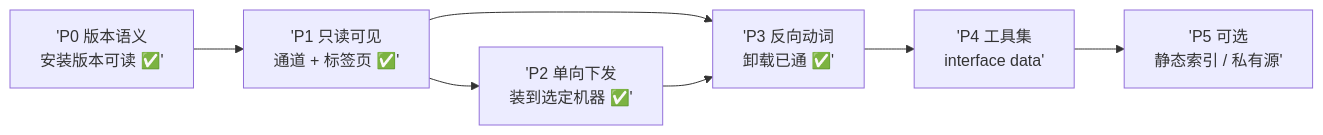
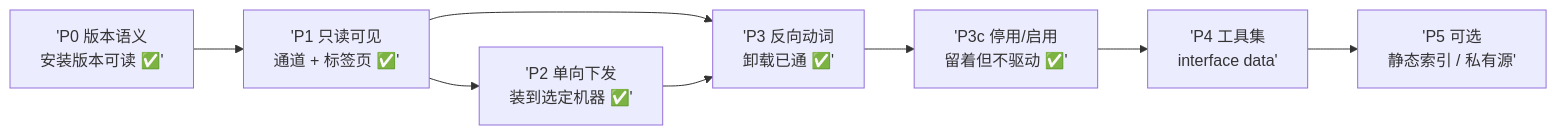
Before and after one commit to Ethereal1024/Clutch: the diagram in PLUGIN_PLAN.md, drawn with Mermaid. The commit also changed other lines of this file and 1 other file, not shown here.

````diff
--- a/PLUGIN_PLAN.md
+++ b/PLUGIN_PLAN.md
@@ -102,9 +156,10 @@
 ```mermaid
 flowchart LR
   P0['P0 版本语义<br/>安装版本可读 ✅'] --> P1['P1 只读可见<br/>通道 + 标签页 ✅']
   P1 --> P2['P2 单向下发<br/>装到选定机器 ✅']
   P1 --> P3['P3 反向动词<br/>卸载已通 ✅']
   P2 --> P3
-  P3 --> P4['P4 工具集<br/>interface data']
+  P3 --> P3c['P3c 停用/启用<br/>留着但不驱动 ✅']
+  P3c --> P4['P4 工具集<br/>interface data']
   P4 --> P5['P5 可选<br/>静态索引 / 私有源']
 ```
````
